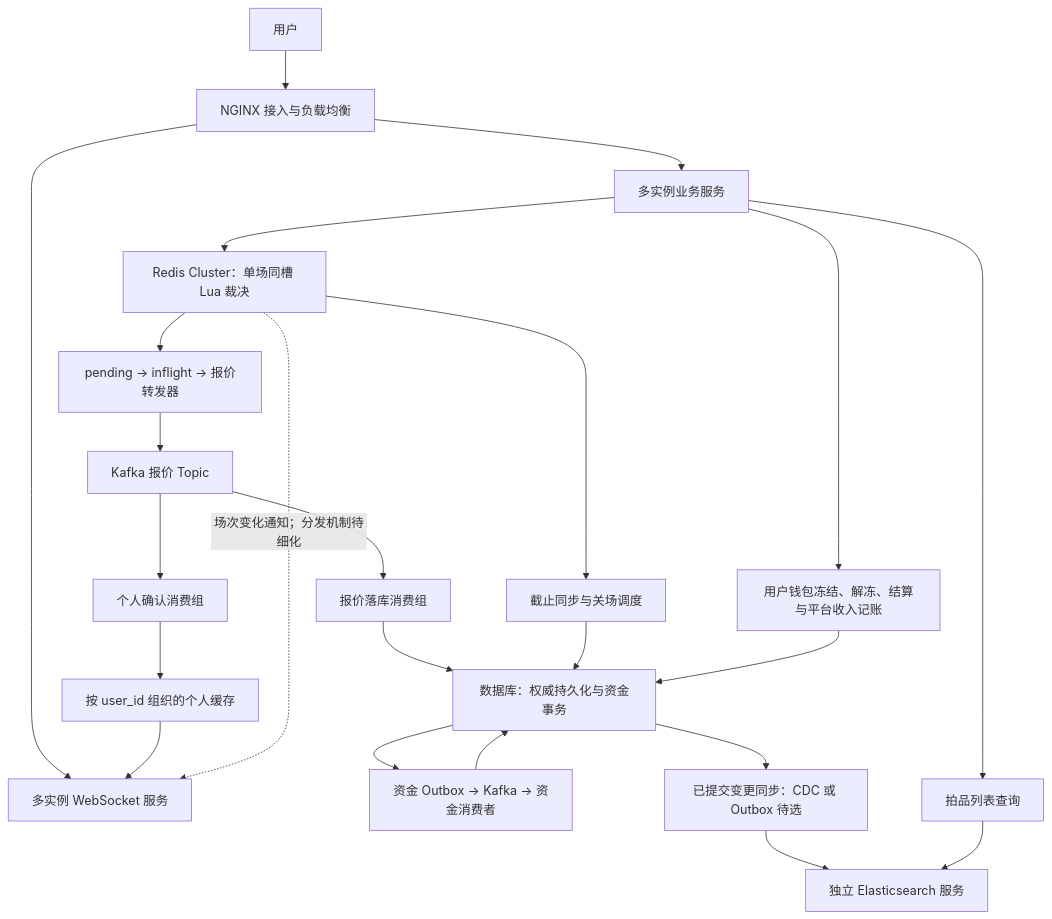
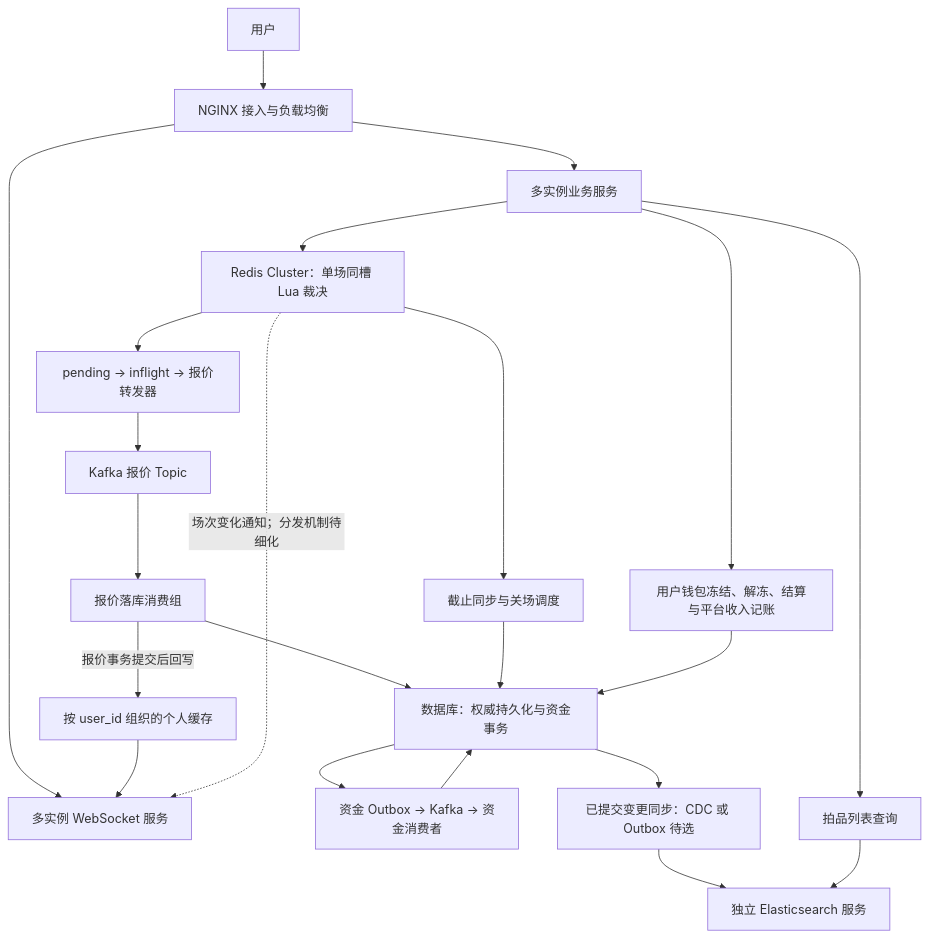
The diagram in docs/confirm-design/01-总体架构与术语.md (BA-Lion/Auction-System), drawn with Mermaid before and after one commit. The commit also changed other lines of this file and 43 other files, not shown here.

````diff
--- a/docs/confirm-design/01-总体架构与术语.md
+++ b/docs/confirm-design/01-总体架构与术语.md
@@ -21,25 +21,24 @@
 ```mermaid
 flowchart TD
     U[用户] --> N[NGINX 接入与负载均衡]
     N --> B[多实例业务服务]
     N --> W[多实例 WebSocket 服务]
     B --> R[Redis Cluster：单场同槽 Lua 裁决]
     R --> Q[pending → inflight → 报价转发器]
     Q --> K[Kafka 报价 Topic]
     K --> P[报价落库消费组]
-    K --> C[个人确认消费组]
     P --> D[数据库：权威持久化与资金事务]
-    C --> UC[按 user_id 组织的个人缓存]
+    P -->|报价事务提交后回写| UC[按 user_id 组织的个人缓存]
     UC --> W
     R -. 场次变化通知；分发机制待细化 .-> W
     R --> T[截止同步与关场调度]
     T --> D
     B --> F[用户钱包冻结、解冻、结算与平台收入记账]
     F --> D
     D --> O[资金 Outbox → Kafka → 资金消费者]
     O --> D
     D --> S[已提交变更同步：CDC 或 Outbox 待选]
     S --> E[独立 Elasticsearch 服务]
     B --> L[拍品列表查询]
     L --> E
 ```
````
